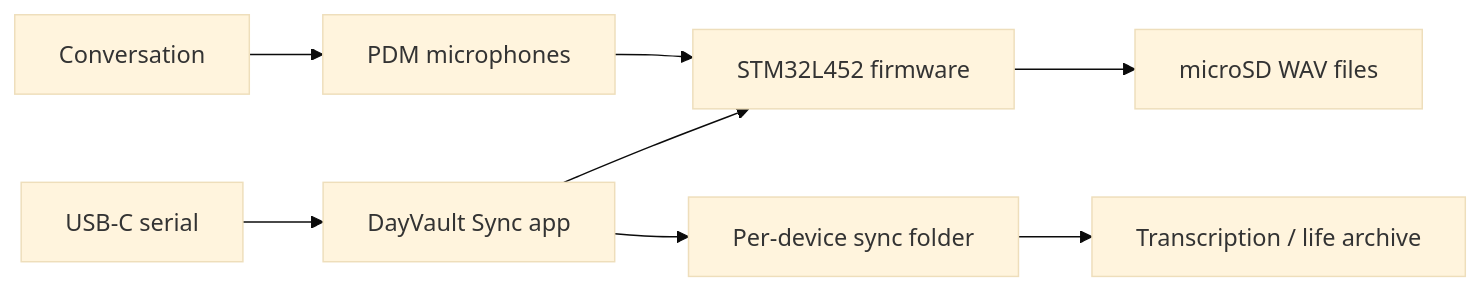
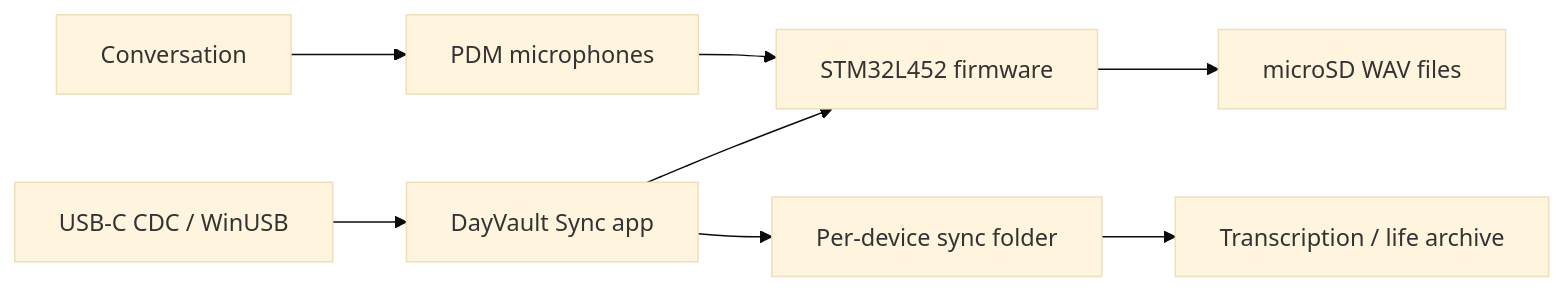
Before and after one commit to Ha22yX/DayVault: the diagram in README.md, drawn with Mermaid (base theme). The commit also changed other lines of this file and 39 other files, not shown here.

Commit message:
perf(transfer): add verified resumable WinUSB export

````diff
--- a/README.md
+++ b/README.md
@@ -131,10 +133,10 @@
 ```mermaid
 flowchart LR
     Speech["Conversation"] --> Mic["PDM microphones"]
     Mic --> MCU["STM32L452 firmware"]
     MCU --> SD["microSD WAV files"]
-    USB["USB-C serial"] --> Host["DayVault Sync app"]
+    USB["USB-C CDC / WinUSB"] --> Host["DayVault Sync app"]
     Host --> Folder["Per-device sync folder"]
     Folder --> Archive["Transcription / life archive"]
     Host --> MCU
 ```
````
